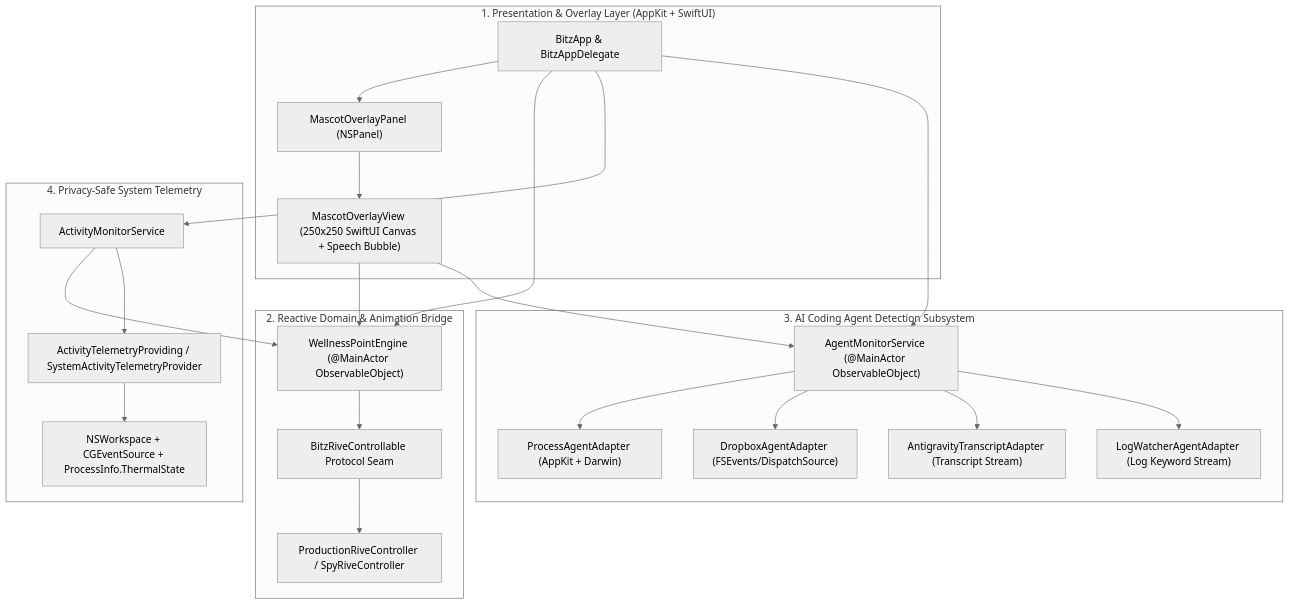
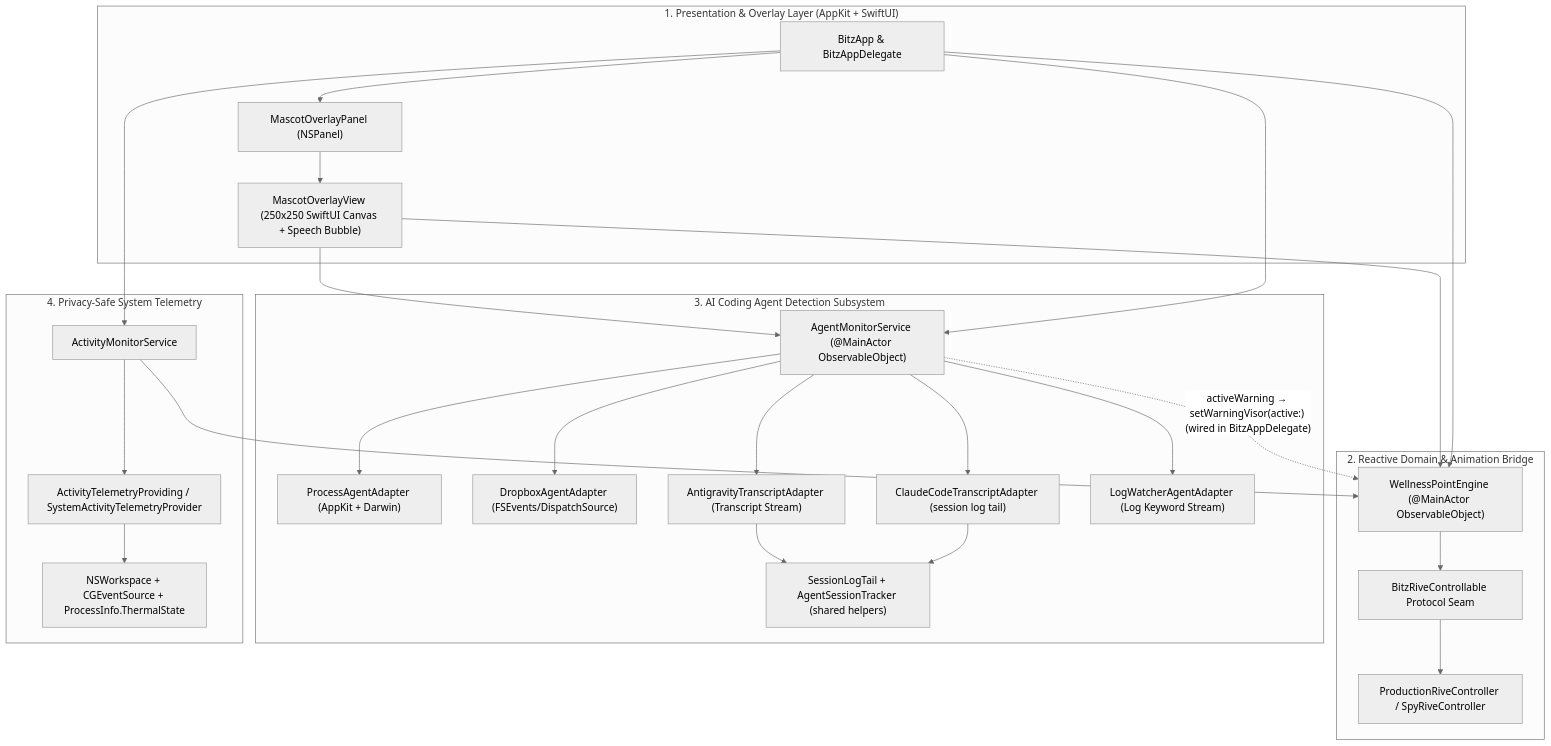
The first of 2 diagrams in docs/ARCHITECTURE.md (AkramKs/bitz-mac), drawn with Mermaid (neutral theme) before and after one commit. The commit also changed other lines of this file and 40 other files, not shown here.

````diff
--- a/docs/ARCHITECTURE.md
+++ b/docs/ARCHITECTURE.md
@@ -9,45 +9,51 @@
 ```mermaid
 flowchart TD
     subgraph Layer1["1. Presentation & Overlay Layer (AppKit + SwiftUI)"]
         App["BitzApp & BitzAppDelegate"]
         Panel["MascotOverlayPanel (NSPanel)"]
         View["MascotOverlayView (250x250 SwiftUI Canvas + Speech Bubble)"]
     end
 
     subgraph Layer2["2. Reactive Domain & Animation Bridge"]
         Engine["WellnessPointEngine (@MainActor ObservableObject)"]
         Seam["BitzRiveControllable Protocol Seam"]
         ProdRive["ProductionRiveController / SpyRiveController"]
     end
 
     subgraph Layer3["3. AI Coding Agent Detection Subsystem"]
         AgentMgr["AgentMonitorService (@MainActor ObservableObject)"]
         ProcAdapt["ProcessAgentAdapter (AppKit + Darwin)"]
         DropAdapt["DropboxAgentAdapter (FSEvents/DispatchSource)"]
         AgyAdapt["AntigravityTranscriptAdapter (Transcript Stream)"]
+        ClaudeAdapt["ClaudeCodeTranscriptAdapter (session log tail)"]
         LogAdapt["LogWatcherAgentAdapter (Log Keyword Stream)"]
+        LogHelpers["SessionLogTail + AgentSessionTracker (shared helpers)"]
     end
 
     subgraph Layer4["4. Privacy-Safe System Telemetry"]
         Monitor["ActivityMonitorService"]
         Telemetry["ActivityTelemetryProviding / SystemActivityTelemetryProvider"]
         OS["NSWorkspace + CGEventSource + ProcessInfo.ThermalState"]
     end
 
     App --> Panel
     Panel --> View
     View --> Engine
     View --> AgentMgr
     App --> Engine
     App --> Monitor
     App --> AgentMgr
     Monitor --> Engine
     Monitor --> Telemetry
     Telemetry --> OS
     AgentMgr --> ProcAdapt
     AgentMgr --> DropAdapt
     AgentMgr --> AgyAdapt
+    AgentMgr --> ClaudeAdapt
     AgentMgr --> LogAdapt
+    AgyAdapt --> LogHelpers
+    ClaudeAdapt --> LogHelpers
+    AgentMgr -.->|"activeWarning → setWarningVisor(active:) (wired in BitzAppDelegate)"| Engine
     Engine --> Seam
     Seam --> ProdRive
 ```
````
